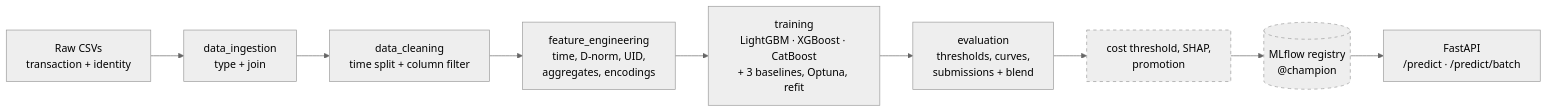
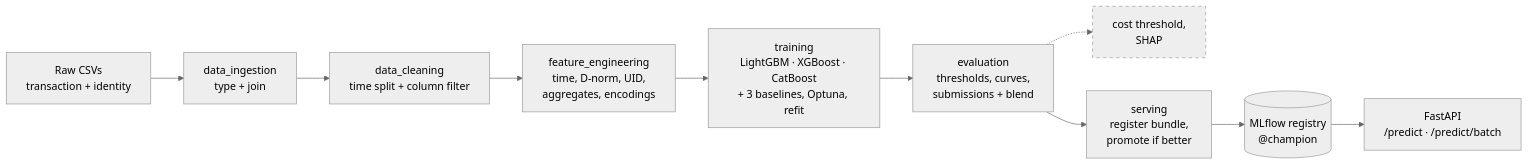
Before and after one commit to MikolajKurtyka/fraud-detection-kedro: the diagram in docs/01_introduction.md, drawn with Mermaid (neutral theme). The commit also changed other lines of this file and 3 other files, not shown here.

First line of the commit message:
docs: mark MLflow registration and @champion promotion as done

````diff
--- a/docs/01_introduction.md
+++ b/docs/01_introduction.md
@@ -46,14 +46,15 @@
 ```mermaid
 flowchart LR
     A[Raw CSVs<br/>transaction + identity] --> B[data_ingestion<br/>type + join]
     B --> C[data_cleaning<br/>time split + column filter]
     C --> D[feature_engineering<br/>time, D-norm, UID,<br/>aggregates, encodings]
     D --> E[training<br/>LightGBM · XGBoost · CatBoost<br/>+ 3 baselines, Optuna, refit]
     E --> F[evaluation<br/>thresholds, curves,<br/>submissions + blend]
-    F --> P[cost threshold, SHAP,<br/>promotion]
-    P --> G[(MLflow registry<br/>@champion)]
+    F -.-> P[cost threshold,<br/>SHAP]
+    F --> S[serving<br/>register bundle,<br/>promote if better]
+    S --> G[(MLflow registry<br/>@champion)]
     G --> H[FastAPI<br/>/predict · /predict/batch]
 
     classDef planned stroke-dasharray: 5 5
-    class P,G planned
+    class P planned
 ```
````
